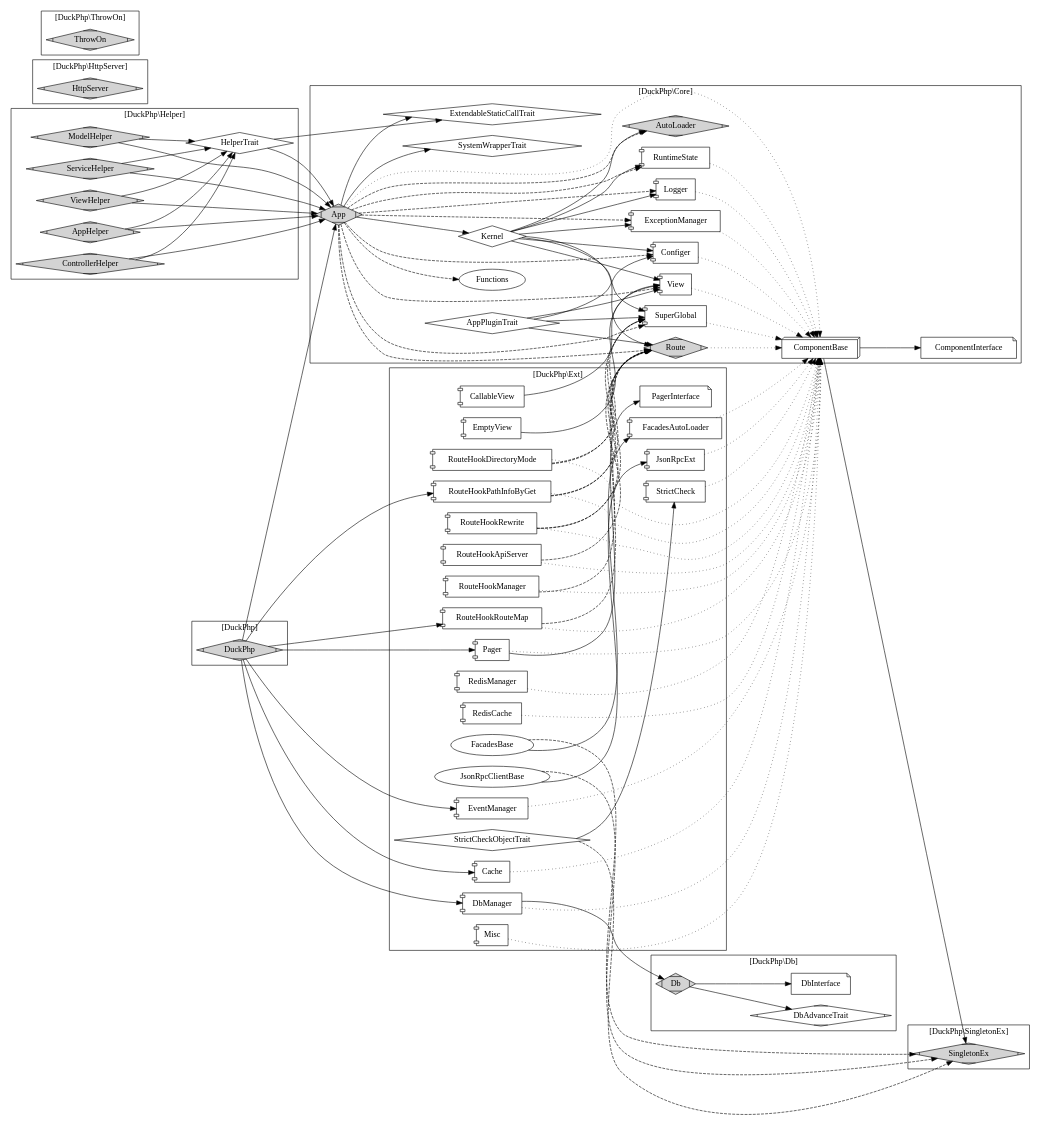
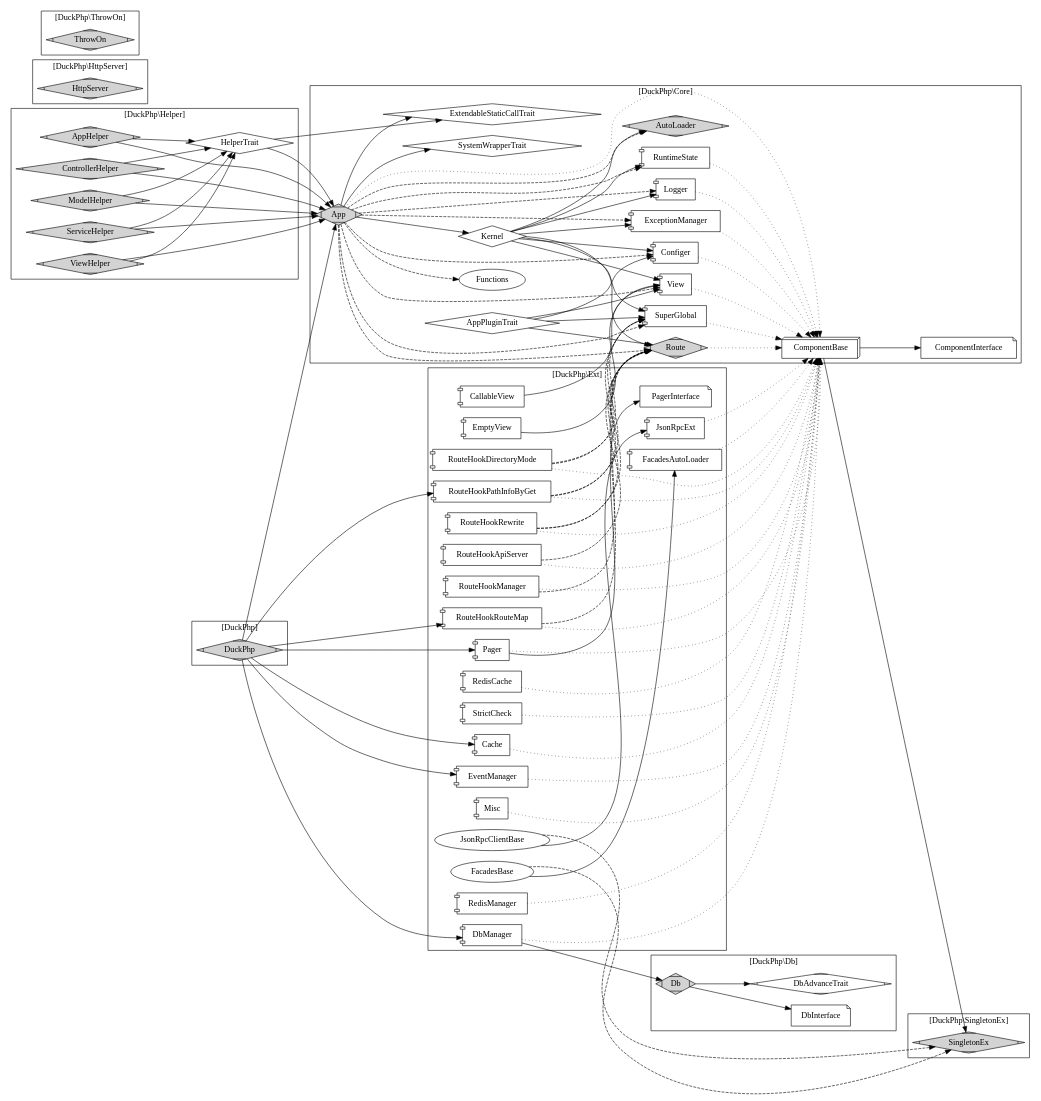
Before and after one commit to dvaknheo/duckphp: the diagram in doc/duckphp.gv, drawn with Graphviz. The commit also changed 7 other files, not shown here.

Commit message:
三连通过，移除 StrictCheckObjectTrait , 一个 StrictCheck 解决

```diff
--- a/doc/duckphp.gv
+++ b/doc/duckphp.gv
@@ -140,7 +140,6 @@
     RouteHookRewrite[shape="component"];
     RouteHookRouteMap[shape="component"];
     StrictCheck[shape="component"];
-    StrictCheckObjectTrait [shape=diamond];
 
     Cache -> Core_ComponentBase [style="dotted"];
     DbManager -> Core_ComponentBase [style="dotted"];
@@ -179,9 +178,6 @@
     RouteHookRewrite->Core_Route[style="dashed"];
     RouteHookRewrite->Core_SuperGlobal[style="dashed"];
     RouteHookRouteMap->Core_Route[style="dashed"];
-    
-    StrictCheckObjectTrait -> StrictCheck; 
-    StrictCheckObjectTrait -> SingletonEx [style="dashed"];
 }
 
 subgraph cluster_DuckPhp {
```
